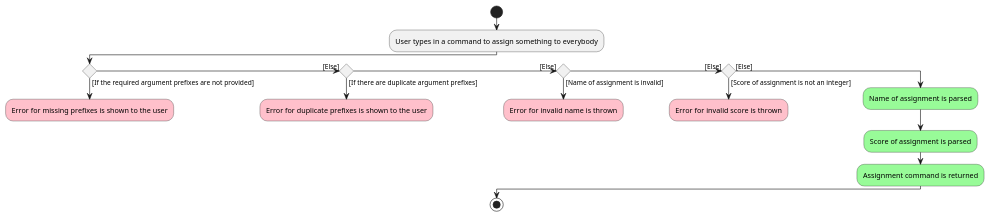
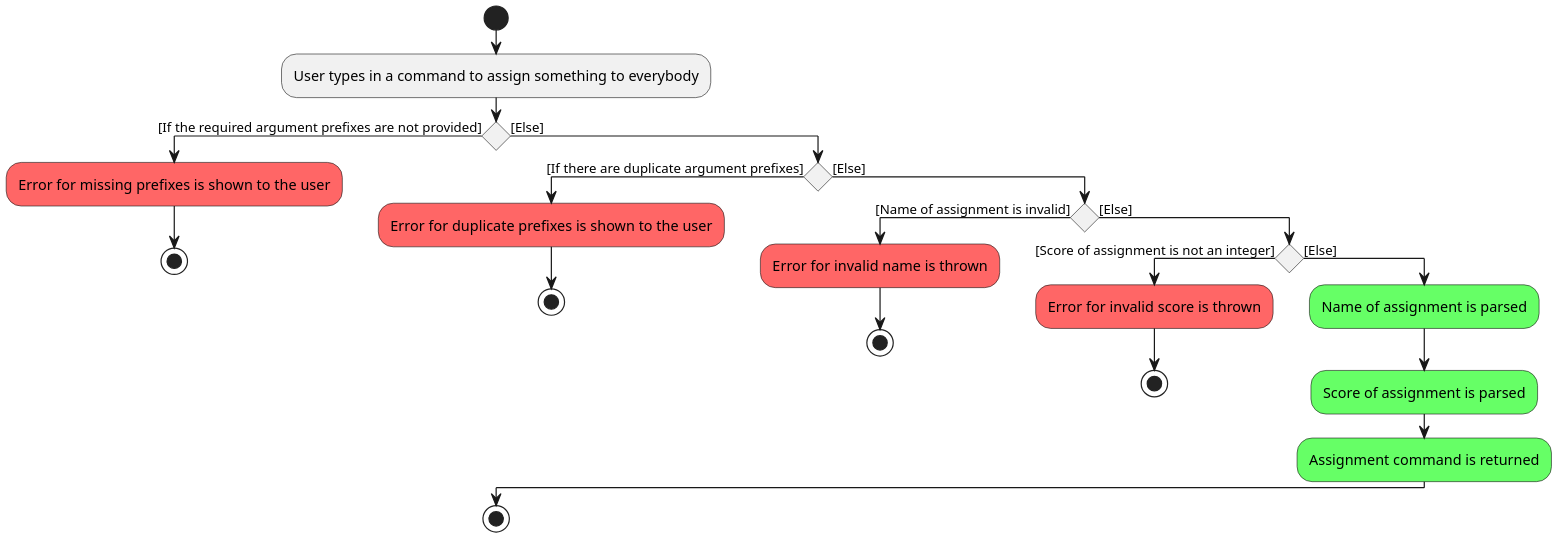
Before and after one commit to proto-aiken-13/tp: the diagram in docs/diagrams/AssignParserActivityDiagram.puml, drawn with PlantUML. The commit also changed 9 other files, not shown here.

Commit message:
Fix DG Activity Diagram

```diff
--- a/docs/diagrams/AssignParserActivityDiagram.puml
+++ b/docs/diagrams/AssignParserActivityDiagram.puml
@@ -1,24 +1,33 @@
 @startuml
+scale 2.0
 'https://plantuml.com/activity-diagram-beta
 
 start
 :User types in a command to assign something to everybody;
+
 if () then ([If the required argument prefixes are not provided])
-    #pink:Error for missing prefixes is shown to the user;
-    kill
-([Else]) elseif () then ([If there are duplicate argument prefixes])
-    #pink:Error for duplicate prefixes is shown to the user;
-    kill
-([Else]) elseif () then ([Name of assignment is invalid])
-    #pink:Error for invalid name is thrown;
-    kill
-([Else]) elseif () then ([Score of assignment is not an integer])
-    #pink:Error for invalid score is thrown;
-    kill
+    #FF6666:Error for missing prefixes is shown to the user;
+    stop
 else ([Else])
-    #palegreen:Name of assignment is parsed;
-    #palegreen:Score of assignment is parsed;
-    #palegreen:Assignment command is returned;
+    if () then ([If there are duplicate argument prefixes])
+        #FF6666:Error for duplicate prefixes is shown to the user;
+        stop
+    else ([Else])
+        if () then ([Name of assignment is invalid])
+            #FF6666:Error for invalid name is thrown;
+            stop
+        else ([Else])
+            if () then ([Score of assignment is not an integer])
+                #FF6666:Error for invalid score is thrown;
+                stop
+            else ([Else])
+                #66FF66:Name of assignment is parsed;
+                #66FF66:Score of assignment is parsed;
+                #66FF66:Assignment command is returned;
+            endif
+        endif
+    endif
 endif
+
 stop
 @enduml
```
